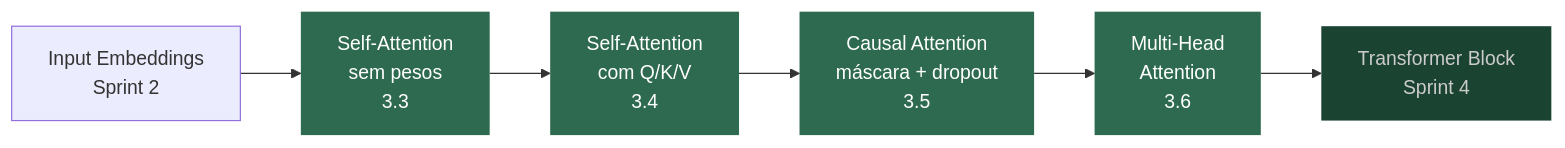
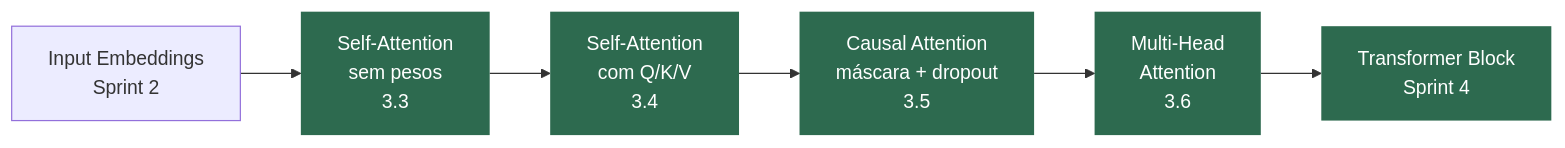
Before and after one commit to AlanHoff5/Asphal-LLM: the diagram in sprints/ch03/README.md, drawn with Mermaid. The commit also changed other lines of this file and 2 other files, not shown here.

````diff
--- a/sprints/ch03/README.md
+++ b/sprints/ch03/README.md
@@ -5,13 +5,11 @@
 ```mermaid
 flowchart LR
   E["Input Embeddings\nSprint 2"] --> SA["Self-Attention\nsem pesos\n3.3"]
   SA --> SP["Self-Attention\ncom Q/K/V\n3.4"]
   SP --> CA["Causal Attention\nmáscara + dropout\n3.5"]
   CA --> MH["Multi-Head\nAttention\n3.6"]
   MH --> TB["Transformer Block\nSprint 4"]
 
   classDef done fill:#2d6a4f,color:#fff,stroke:none
-  classDef next fill:#1b4332,color:#ccc,stroke:none,stroke-dasharray:4
-  class SA,SP,CA,MH done
-  class TB next
+  class SA,SP,CA,MH,TB done
 ```
````
